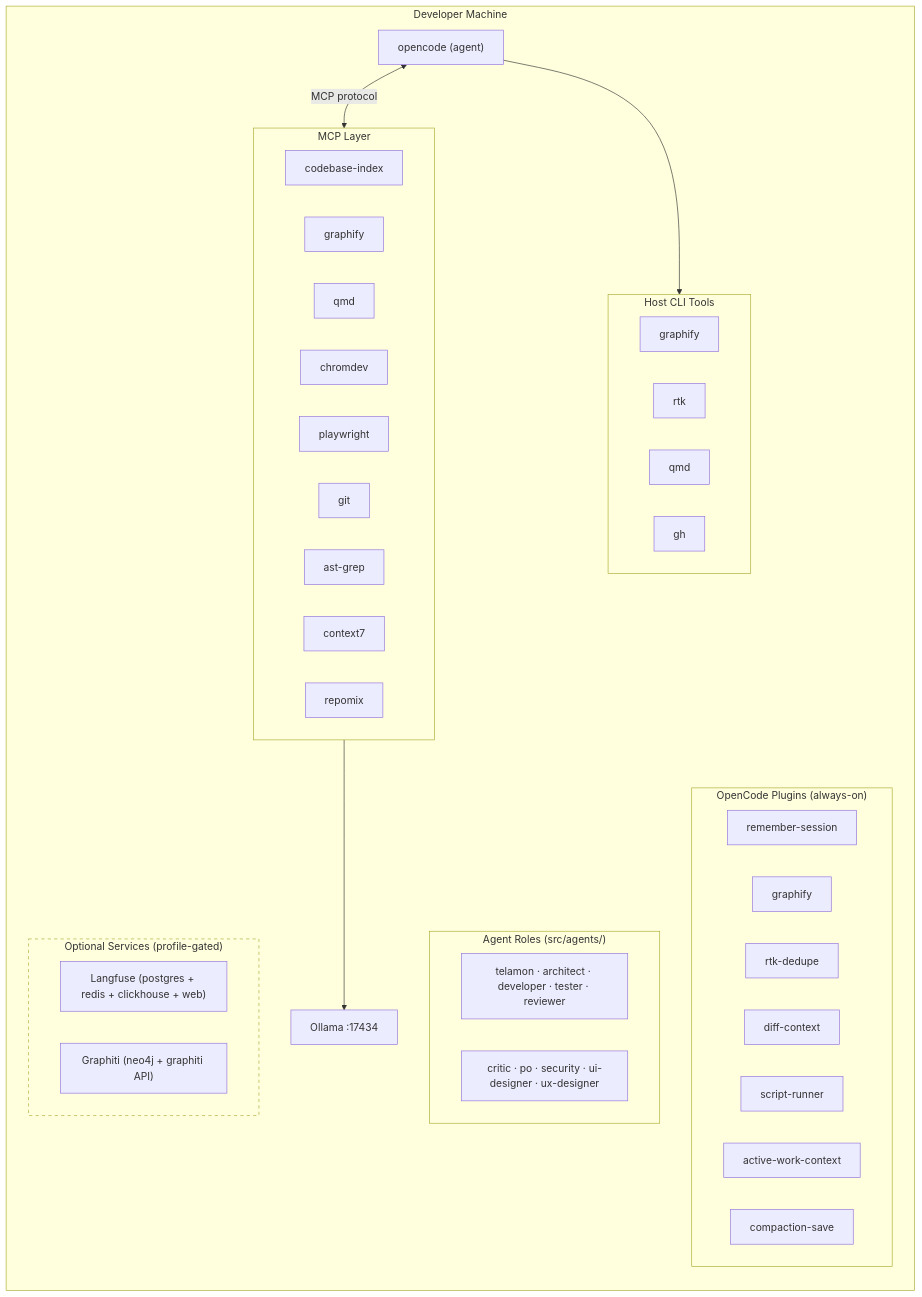
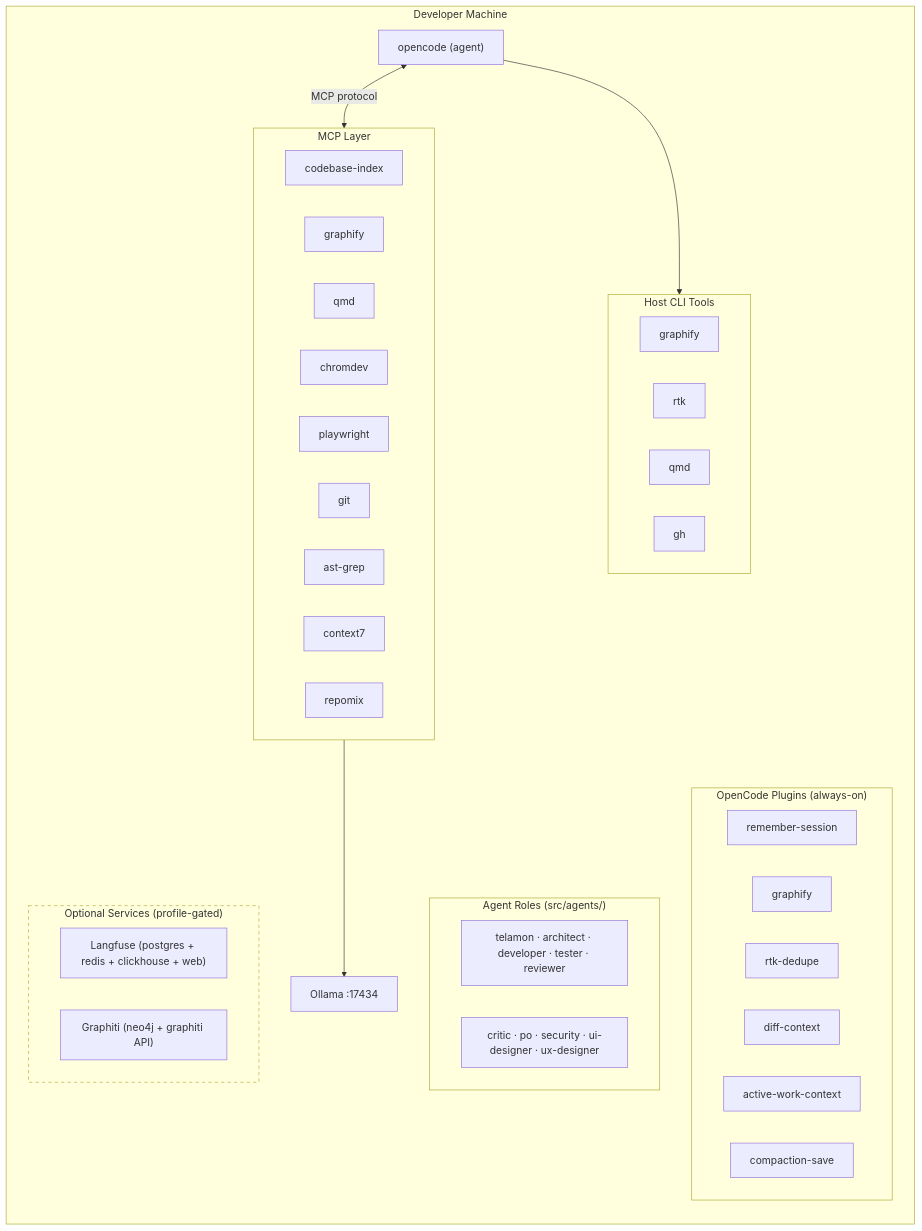
Before and after one commit to hgraca/telamon: the diagram in docs/architecture.md, drawn with Mermaid. The commit also changed 14 other files, not shown here.

````diff
--- a/docs/architecture.md
+++ b/docs/architecture.md
@@ -14,53 +14,52 @@
 ```mermaid
 flowchart TB
     subgraph dev["Developer Machine"]
         direction TB
 
         oc["opencode (agent)"] <-->|"MCP protocol"| mcp
 
         subgraph mcp["MCP Layer"]
             cbi["codebase-index"]
             gf_m["graphify"]
             qmd_m["qmd"]
             cd_m["chromdev"]
             pw_m["playwright"]
             git_m["git"]
             ag_m["ast-grep"]
             c7_m["context7"]
             rm_m["repomix"]
         end
 
         mcp --> ol["Ollama :17434"]
 
         oc --> cli
 
         subgraph cli["Host CLI Tools"]
             cli_g["graphify"]
             cli_r["rtk"]
             cli_q["qmd"]
             cli_gh["gh"]
         end
 
         subgraph plugins["OpenCode Plugins (always-on)"]
             p_sc["remember-session"]
             p_gf["graphify"]
             p_rd["rtk-dedupe"]
             p_dc["diff-context"]
-            p_sr["script-runner"]
             p_aw["active-work-context"]
             p_cs["compaction-save"]
         end
 
         subgraph agents["Agent Roles (src/agents/)"]
             a1["telamon · architect · developer · tester · reviewer"]
             a2["critic · po · security · ui-designer · ux-designer"]
         end
 
         subgraph optional["Optional Services (profile-gated)"]
             o_lf["Langfuse (postgres + redis + clickhouse + web)"]
             o_gr["Graphiti (neo4j + graphiti API)"]
         end
     end
 
     style optional stroke-dasharray: 5 5
 ```
````
